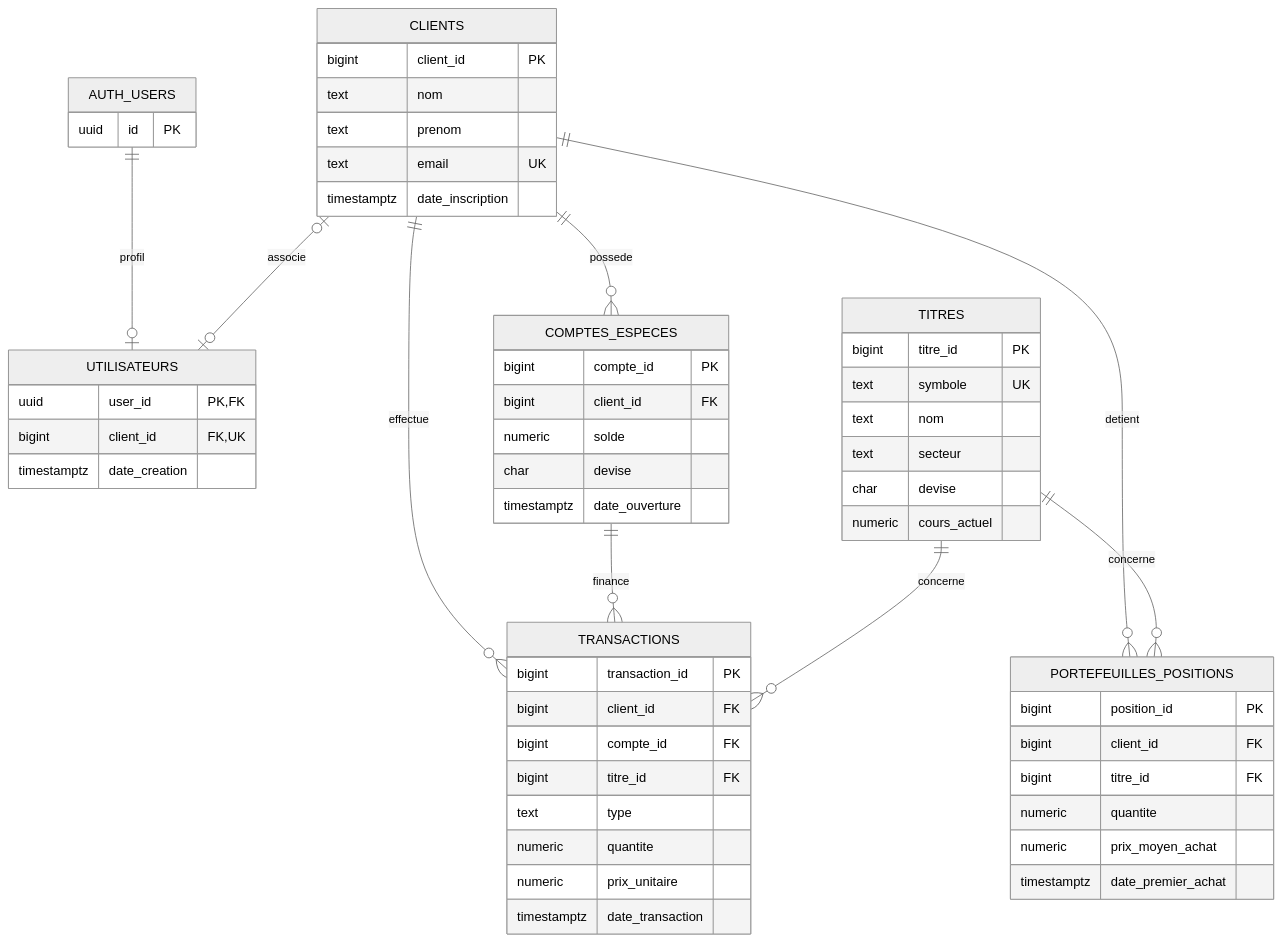
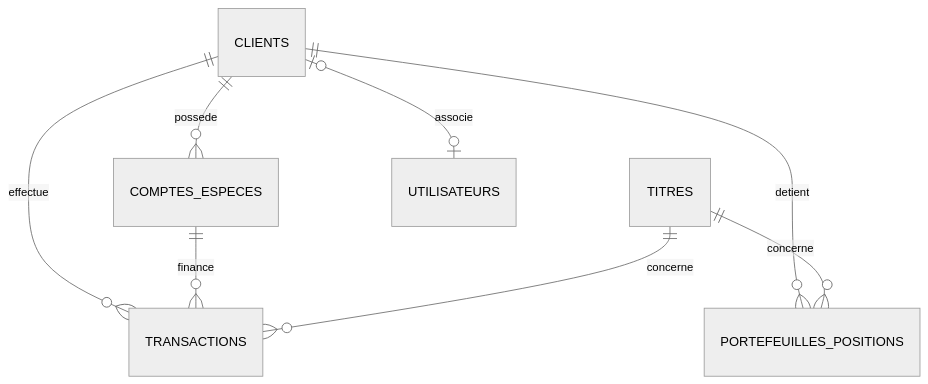
The diagram in README.md (Lucasv9230/projet-SQL-finance), drawn with Mermaid (neutral theme) before and after one commit. The commit also changed other lines of this file and 31 other files, not shown here.

````diff
--- a/README.md
+++ b/README.md
@@ -11,60 +21,10 @@
 ```mermaid
 erDiagram
-    AUTH_USERS {
-        uuid id PK
-    }
-    UTILISATEURS {
-        uuid user_id PK, FK
-        bigint client_id FK, UK
-        timestamptz date_creation
-    }
-    CLIENTS {
-        bigint client_id PK
-        text nom
-        text prenom
-        text email UK
-        timestamptz date_inscription
-    }
-    COMPTES_ESPECES {
-        bigint compte_id PK
-        bigint client_id FK
-        numeric solde
-        char devise
-        timestamptz date_ouverture
-    }
-    TITRES {
-        bigint titre_id PK
-        text symbole UK
-        text nom
-        text secteur
-        char devise
-        numeric cours_actuel
-    }
-    PORTEFEUILLES_POSITIONS {
-        bigint position_id PK
-        bigint client_id FK
-        bigint titre_id FK
-        numeric quantite
-        numeric prix_moyen_achat
-        timestamptz date_premier_achat
-    }
-    TRANSACTIONS {
-        bigint transaction_id PK
-        bigint client_id FK
-        bigint compte_id FK
-        bigint titre_id FK
-        text type
-        numeric quantite
-        numeric prix_unitaire
-        timestamptz date_transaction
-    }
-
-    AUTH_USERS ||--o| UTILISATEURS : "profil"
-    CLIENTS o|--o| UTILISATEURS : "associe"
     CLIENTS ||--o{ COMPTES_ESPECES : "possede"
     CLIENTS ||--o{ PORTEFEUILLES_POSITIONS : "detient"
     TITRES ||--o{ PORTEFEUILLES_POSITIONS : "concerne"
     CLIENTS ||--o{ TRANSACTIONS : "effectue"
     COMPTES_ESPECES ||--o{ TRANSACTIONS : "finance"
     TITRES ||--o{ TRANSACTIONS : "concerne"
+    CLIENTS o|--o| UTILISATEURS : "associe"
 ```
````
